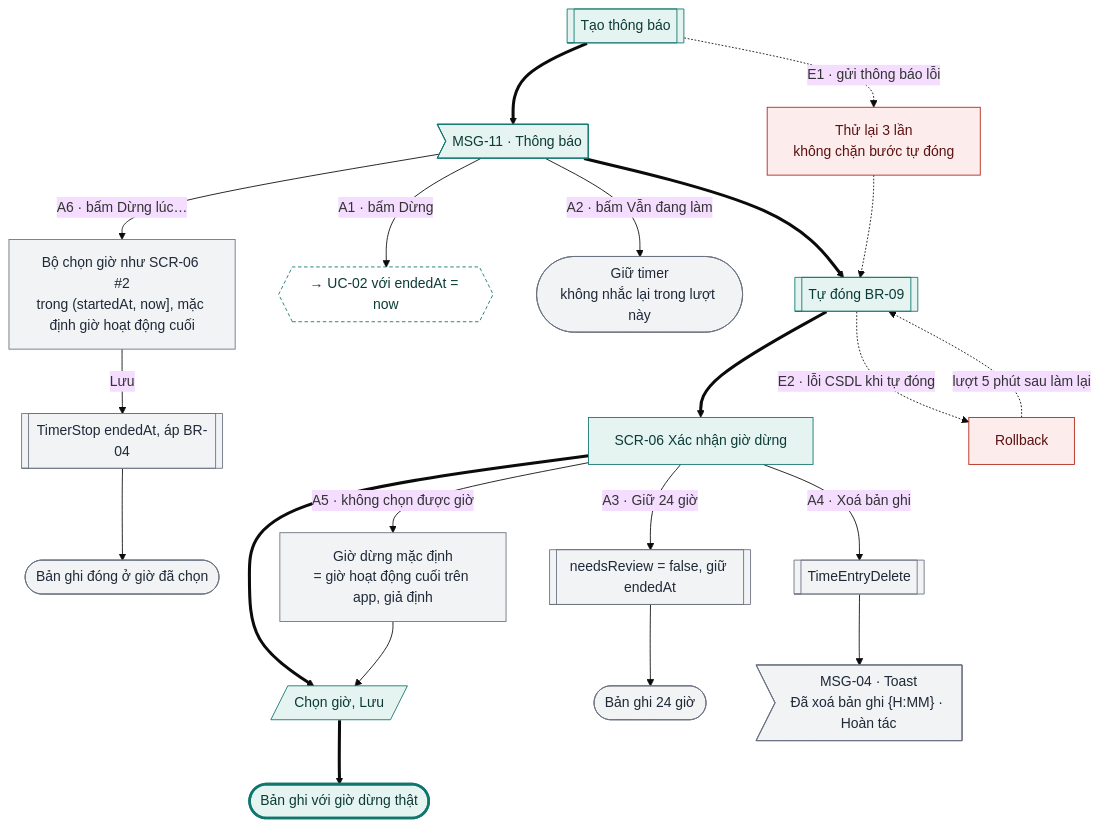
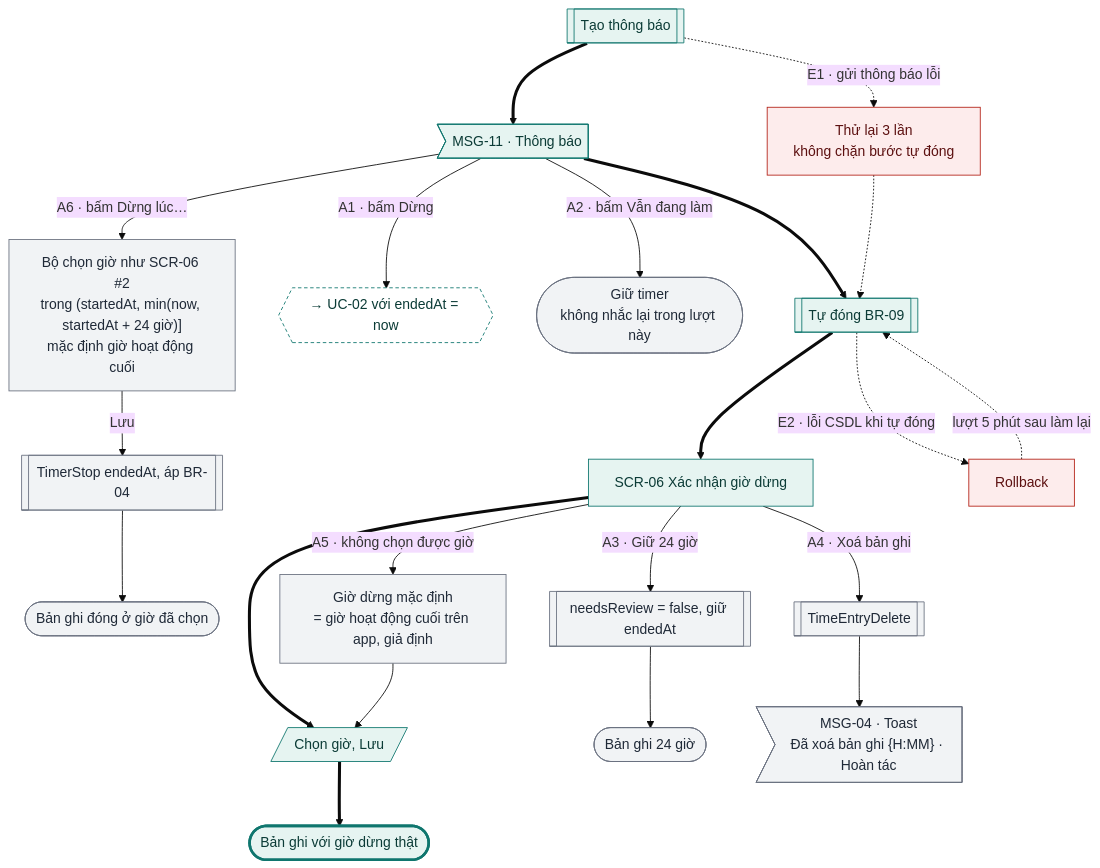
One commit to tannguyenho/personal-app changed the tenth of 12 diagrams in docs/design-brief/flow/g07-focus-timer.md. Above: the diagram before and after it, drawn with Mermaid (base theme). The commit also changed other lines of this file and 7 other files, not shown here.

First line of the commit message:
docs(G05, G07): áp quyết định PO 09/11 vào SRS, PRD, flow; QC-10, IA khay

````diff
--- a/docs/design-brief/flow/g07-focus-timer.md
+++ b/docs/design-brief/flow/g07-focus-timer.md
@@ -451,42 +459,42 @@
 ```mermaid
 flowchart TD
   p1[["Tạo thông báo"]]
   m1>"MSG-11 · Thông báo"]
   p2[["Tự đóng BR-09"]]
   s1["SCR-06 Xác nhận giờ dừng"]
   u2[/"Chọn giờ, Lưu"/]
   ok(["Bản ghi với giờ dừng thật"])
   p1 ==> m1 ==> p2 ==> s1 ==> u2 ==> ok
 
   m1 -->|"A1 · bấm Dừng"| a1x{{"→ UC-02 với endedAt = now"}}
   m1 -->|"A2 · bấm Vẫn đang làm"| a2(["Giữ timer<br/>không nhắc lại trong lượt này"])
-  m1 -->|"A6 · bấm Dừng lúc…"| a6["Bộ chọn giờ như SCR-06 #2<br/>trong (startedAt, now], mặc định giờ hoạt động cuối"]
+  m1 -->|"A6 · bấm Dừng lúc…"| a6["Bộ chọn giờ như SCR-06 #2<br/>trong (startedAt, min(now, startedAt + 24 giờ)]<br/>mặc định giờ hoạt động cuối"]
   a6 -->|"Lưu"| a6p[["TimerStop endedAt, áp BR-04"]]
   a6p --> a6e(["Bản ghi đóng ở giờ đã chọn"])
   s1 -->|"A3 · Giữ 24 giờ"| a3[["needsReview = false, giữ endedAt"]]
   a3 --> a3e(["Bản ghi 24 giờ"])
   s1 -->|"A4 · Xoá bản ghi"| a4[["TimeEntryDelete"]]
   a4 --> a4m>"MSG-04 · Toast<br/>Đã xoá bản ghi {H:MM} · Hoàn tác"]
   s1 -->|"A5 · không chọn được giờ"| a5["Giờ dừng mặc định<br/>= giờ hoạt động cuối trên app, giả định"]
   a5 --> u2
 
   p1 -.->|"E1 · gửi thông báo lỗi"| e1["Thử lại 3 lần<br/>không chặn bước tự đóng"]
   e1 -.-> p2
   p2 -.->|"E2 · lỗi CSDL khi tự đóng"| e2["Rollback"]
   e2 -.->|"lượt 5 phút sau làm lại"| p2
 
   class p1,m1,p2,s1,u2 happy
   class a2,a6,a6p,a6e,a3,a3e,a4,a4m,a5 alt
   class a1x link
   class e1,e2 err
   class ok done
   classDef happy fill:#E6F4F1,stroke:#0F766E,color:#0B3B36
   classDef alt fill:#F1F3F5,stroke:#6B7280,color:#1F2937
   classDef err fill:#FDECEC,stroke:#B42318,color:#5C1010
   classDef warn fill:#FEF4E2,stroke:#B45309,color:#4A2604
   classDef ai fill:#F1ECFD,stroke:#6D28D9,color:#2E1065
   classDef sync fill:#FFFFFF,stroke:#6B7280,stroke-dasharray:4 3,color:#1F2937
   classDef link fill:#FFFFFF,stroke:#0F766E,stroke-dasharray:4 3,color:#0B3B36
   classDef done fill:#E6F4F1,stroke:#0F766E,stroke-width:3px,color:#0B3B36
   classDef fail fill:#FDECEC,stroke:#B42318,stroke-width:3px,color:#5C1010
 ```
````
